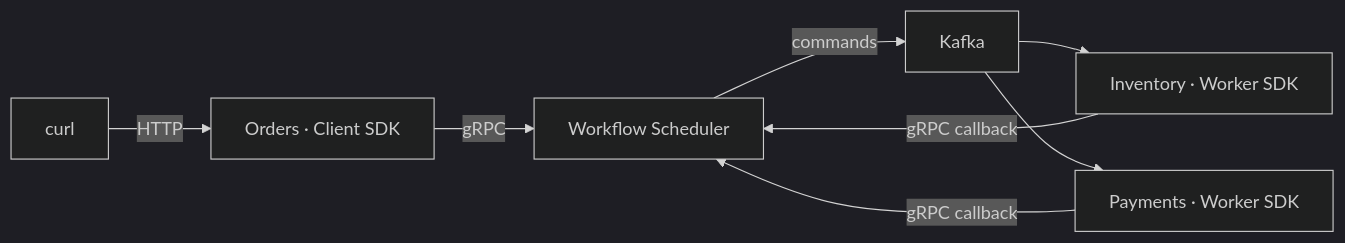
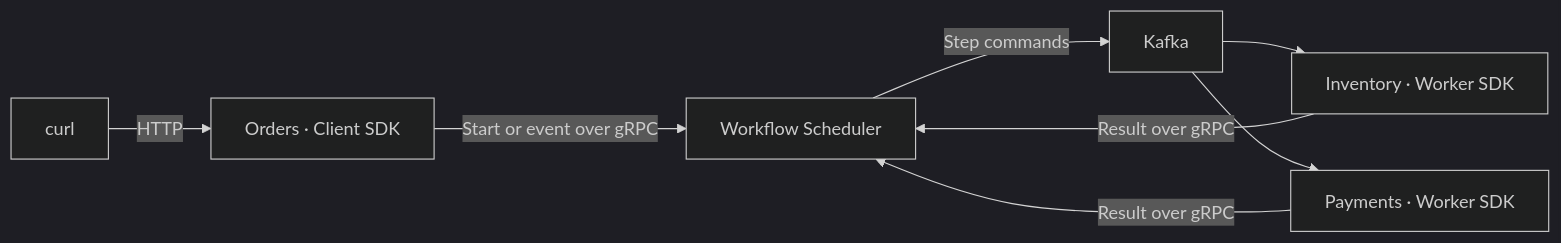
One commit to danieloileinik/workflow-scheduler changed the diagram in samples/order-demo/README.md. Above: the diagram before and after it, drawn with Mermaid (dark theme). The commit also changed other lines of this file and 83 other files, not shown here.

````diff
--- a/samples/order-demo/README.md
+++ b/samples/order-demo/README.md
@@ -7,10 +70,10 @@
 ```mermaid
 flowchart LR
     Caller[curl] -->|HTTP| Orders[Orders · Client SDK]
-    Orders -->|gRPC| Scheduler[Workflow Scheduler]
-    Scheduler -->|commands| Kafka[Kafka]
+    Orders -->|Start or event over gRPC| Scheduler[Workflow Scheduler]
+    Scheduler -->|Step commands| Kafka
     Kafka --> Inventory[Inventory · Worker SDK]
     Kafka --> Payments[Payments · Worker SDK]
-    Inventory -->|gRPC callback| Scheduler
-    Payments -->|gRPC callback| Scheduler
+    Inventory -->|Result over gRPC| Scheduler
+    Payments -->|Result over gRPC| Scheduler
 ```
````
